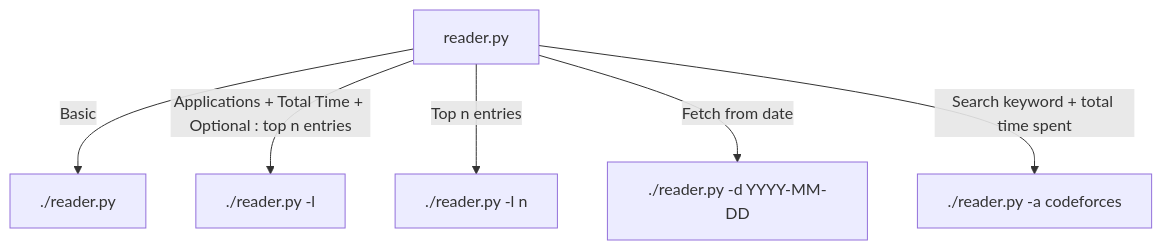
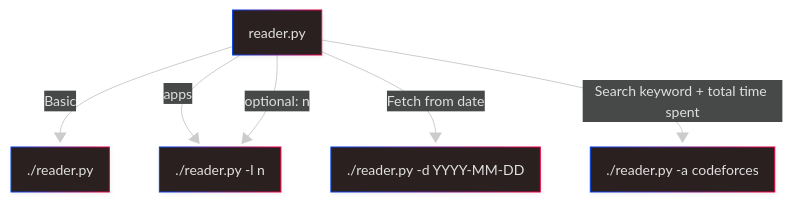
The second of 2 diagrams in README.md (kio42069/hyprmonitor), drawn with Mermaid before and after one commit. The commit also changed other lines of this file, not shown here.

````diff
--- a/README.md
+++ b/README.md
@@ -33,8 +38,13 @@
 ```mermaid
+---
+config:
+  look: neo
+  theme: neo-dark
+---
 flowchart TD
   F[reader.py] --> |Basic| G[./reader.py]
-  F[reader.py] --> |Applications + Total Time + Optional : top n entries| H[./reader.py -l]
-  F[reader.py] --> |Top n entries| I[./reader.py -l n]
+  F[reader.py] --> |apps| H[./reader.py -l n]
+  F[reader.py] --> |optional: n| H
   F[reader.py] --> |Fetch from date| J[./reader.py -d YYYY-MM-DD]
   F[reader.py] --> |Search keyword + total time spent| K[./reader.py -a codeforces]
 ```
````
